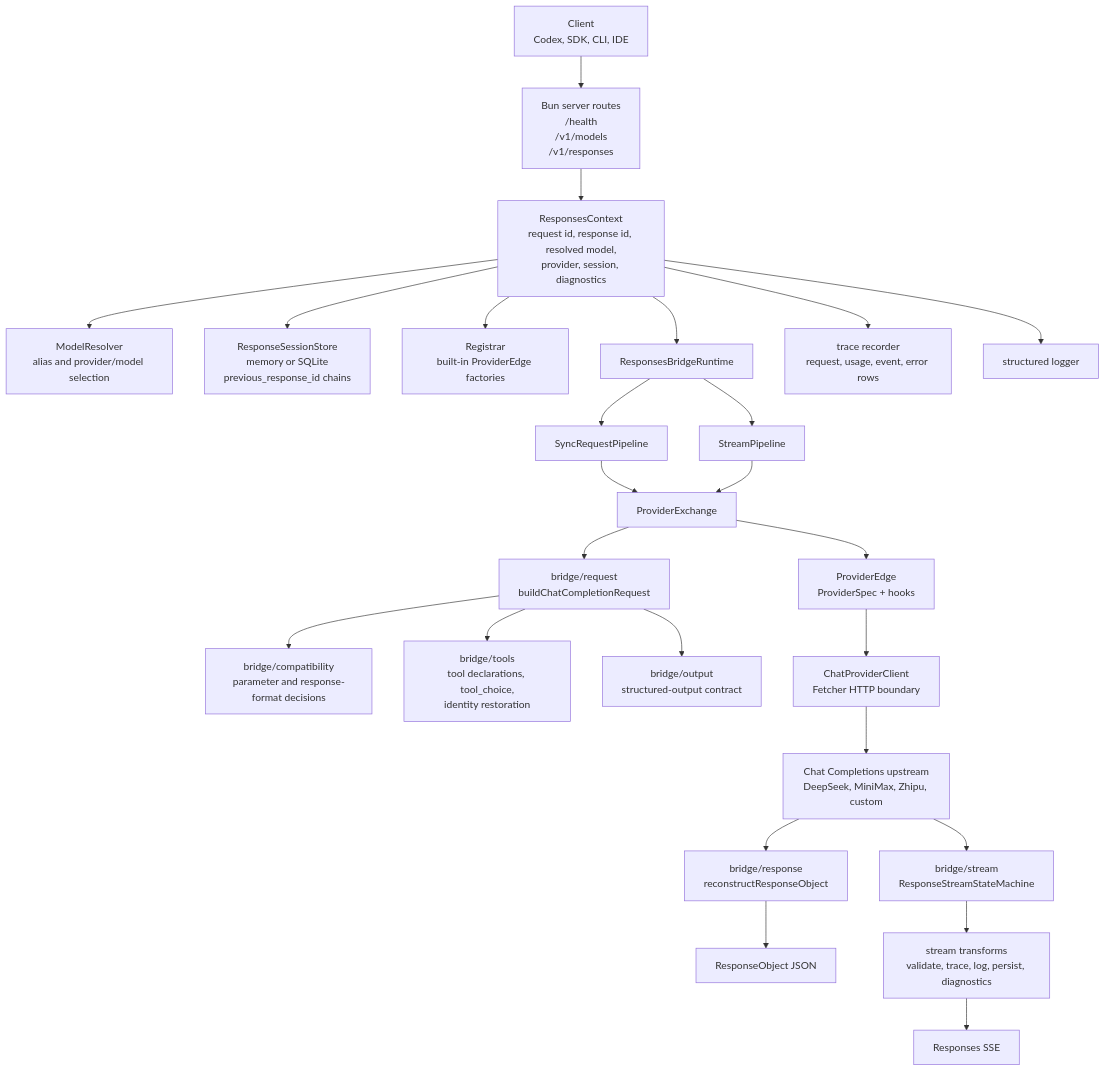
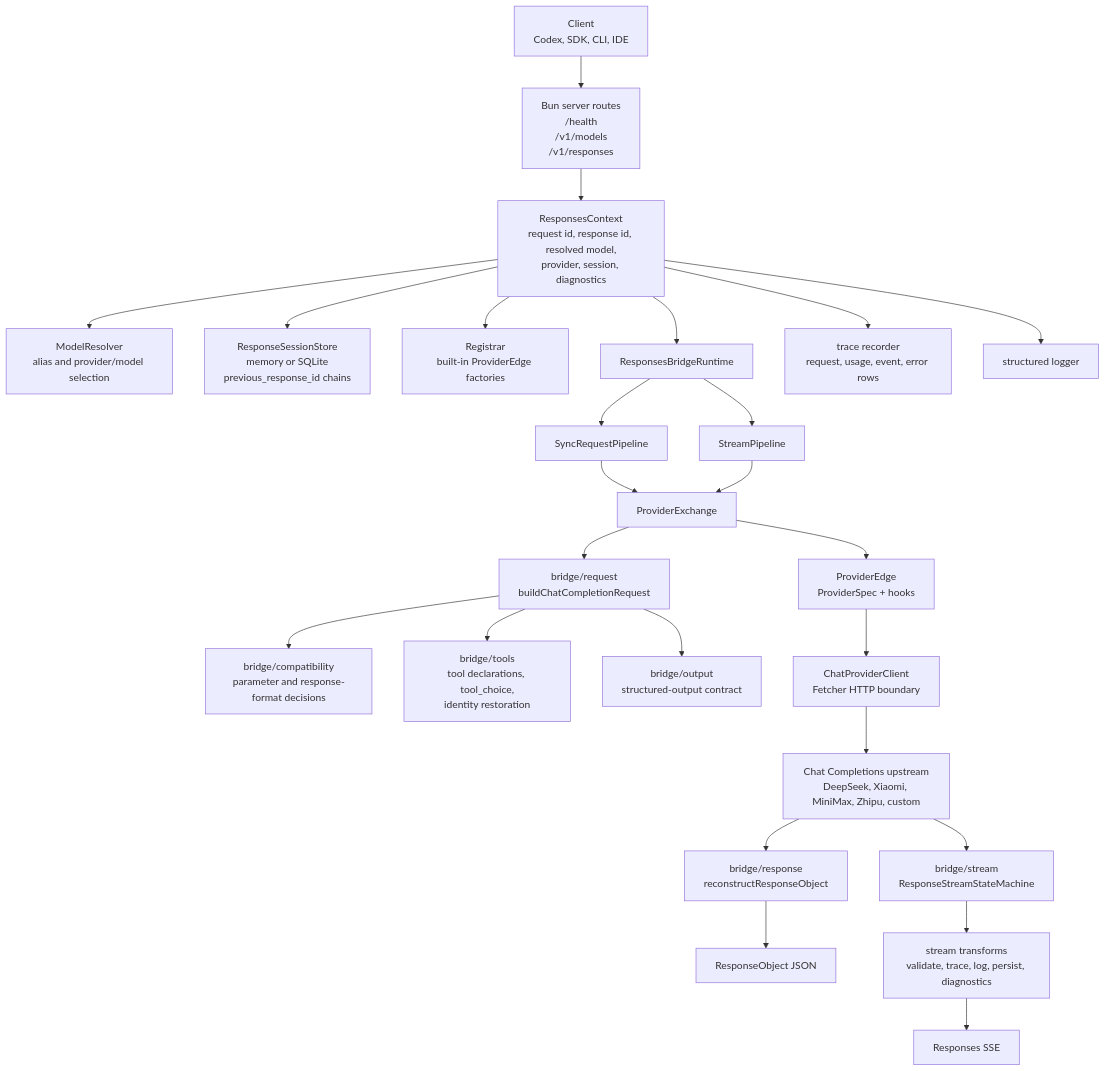
The first of 2 diagrams in README.md (zamelee/GodeX), drawn with Mermaid before and after one commit. The commit also changed other lines of this file and 1 other file, not shown here.

First line of the commit message:
docs: add Xiaomi provider to README and README.zh-CN

````diff
--- a/README.md
+++ b/README.md
@@ -38,33 +39,33 @@
 ```mermaid
 flowchart TB
   Client["Client<br>Codex, SDK, CLI, IDE"] --> Routes["Bun server routes<br>/health<br>/v1/models<br>/v1/responses"]
   Routes --> Ctx["ResponsesContext<br>request id, response id, resolved model,<br>provider, session, diagnostics"]
 
   Ctx --> Resolver["ModelResolver<br>alias and provider/model selection"]
   Ctx --> Session["ResponseSessionStore<br>memory or SQLite<br>previous_response_id chains"]
   Ctx --> Registrar["Registrar<br>built-in ProviderEdge factories"]
   Ctx --> Runtime["ResponsesBridgeRuntime"]
 
   Runtime --> Sync["SyncRequestPipeline"]
   Runtime --> Stream["StreamPipeline"]
   Sync --> Exchange["ProviderExchange"]
   Stream --> Exchange
 
   Exchange --> Builder["bridge/request<br>buildChatCompletionRequest"]
   Builder --> Compat["bridge/compatibility<br>parameter and response-format decisions"]
   Builder --> Tools["bridge/tools<br>tool declarations, tool_choice,<br>identity restoration"]
   Builder --> Output["bridge/output<br>structured-output contract"]
 
   Exchange --> Edge["ProviderEdge<br>ProviderSpec + hooks"]
   Edge --> ClientHttp["ChatProviderClient<br>Fetcher HTTP boundary"]
-  ClientHttp --> Upstream["Chat Completions upstream<br>DeepSeek, MiniMax, Zhipu, custom"]
+  ClientHttp --> Upstream["Chat Completions upstream<br>DeepSeek, Xiaomi, MiniMax, Zhipu, custom"]
 
   Upstream --> SyncRecon["bridge/response<br>reconstructResponseObject"]
   Upstream --> StreamRecon["bridge/stream<br>ResponseStreamStateMachine"]
   SyncRecon --> ResponseJson["ResponseObject JSON"]
   StreamRecon --> StreamTransforms["stream transforms<br>validate, trace, log, persist, diagnostics"]
   StreamTransforms --> Sse["Responses SSE"]
 
   Ctx --> Trace["trace recorder<br>request, usage, event, error rows"]
   Ctx --> Logger["structured logger"]
 ```
````
